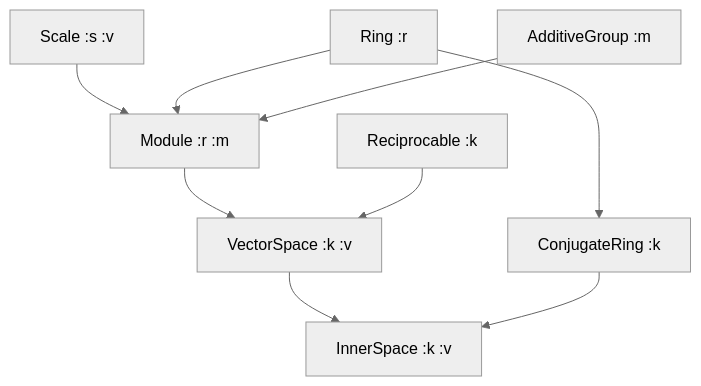
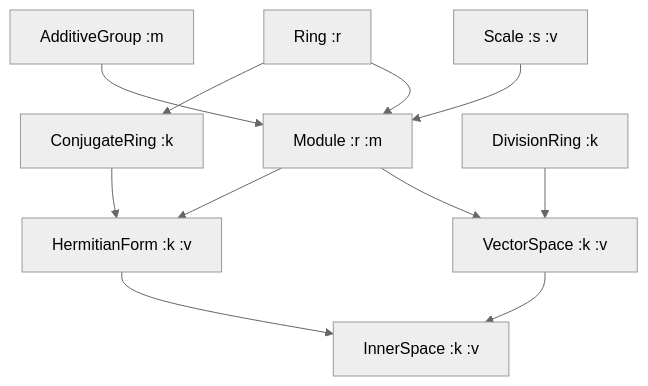
The third of 4 diagrams in docs/manual/site/topics/numbers-and-math.md (coalton-lang/coalton), drawn with Mermaid (neutral theme) before and after one commit. The commit also changed other lines of this file and 22 other files, not shown here.

````diff
--- a/docs/manual/site/topics/numbers-and-math.md
+++ b/docs/manual/site/topics/numbers-and-math.md
@@ -304,11 +304,13 @@
 ```mermaid
 graph TD
     Scale["Scale :s :v"] --> Module["Module :r :m"]
     Ring["Ring :r"] --> Module
     Ring --> ConjugateRing["ConjugateRing :k"]
     AdditiveGroup["AdditiveGroup :m"] --> Module
     Module --> VectorSpace["VectorSpace :k :v"]
-    Reciprocable["Reciprocable :k"] --> VectorSpace
+    DivisionRing["DivisionRing :k"] --> VectorSpace
     VectorSpace --> InnerSpace["InnerSpace :k :v"]
-    ConjugateRing --> InnerSpace
+    Module --> HermitianForm["HermitianForm :k :v"]
+    ConjugateRing --> HermitianForm
+    HermitianForm --> InnerSpace
 ```
````
